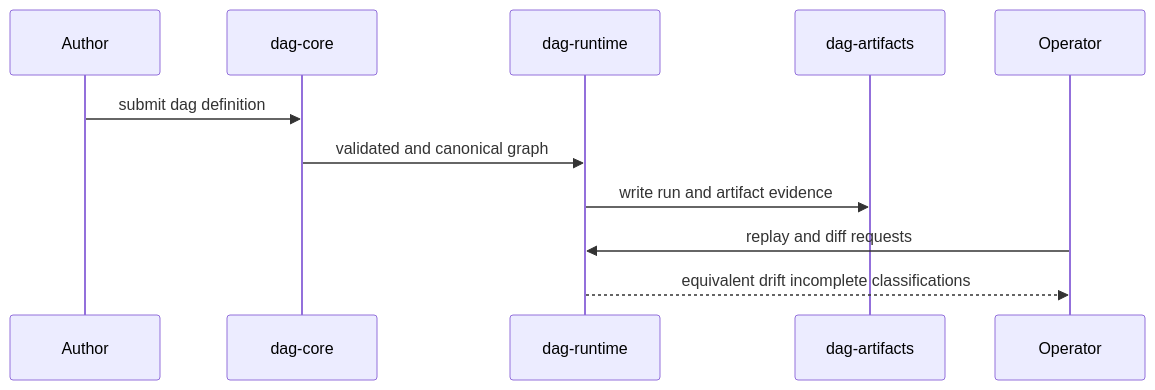
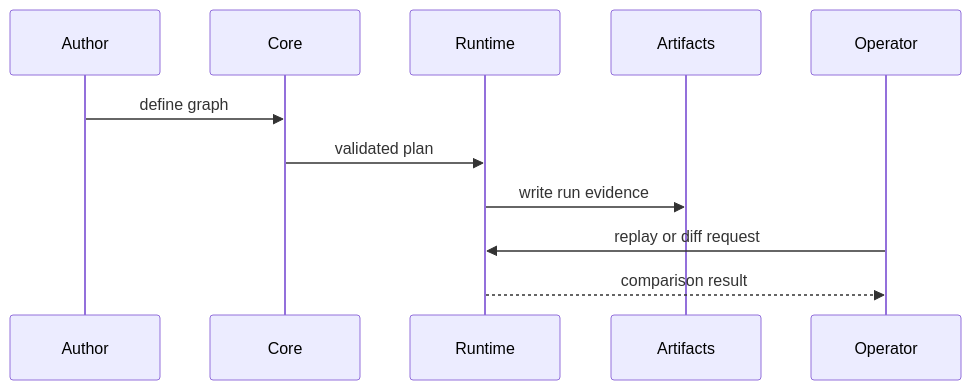
Before and after one commit to bijux/bijux-cli: the diagram in docs/bijux-dag/foundation/lifecycle-overview.md, drawn with Mermaid. The commit also changed other lines of this file, not shown here.

Commit message:
docs(dag-foundation): clarify the lifecycle overview

````diff
--- a/docs/bijux-dag/foundation/lifecycle-overview.md
+++ b/docs/bijux-dag/foundation/lifecycle-overview.md
@@ -17,14 +20,14 @@
 ```mermaid
 sequenceDiagram
     participant Author
-    participant Core as dag-core
-    participant Runtime as dag-runtime
-    participant Artifacts as dag-artifacts
+    participant Core
+    participant Runtime
+    participant Artifacts
     participant Operator
 
-    Author->>Core: submit dag definition
-    Core->>Runtime: validated and canonical graph
-    Runtime->>Artifacts: write run and artifact evidence
-    Operator->>Runtime: replay and diff requests
-    Runtime-->>Operator: equivalent drift incomplete classifications
+    Author->>Core: define graph
+    Core->>Runtime: validated plan
+    Runtime->>Artifacts: write run evidence
+    Operator->>Runtime: replay or diff request
+    Runtime-->>Operator: comparison result
 ```
````
